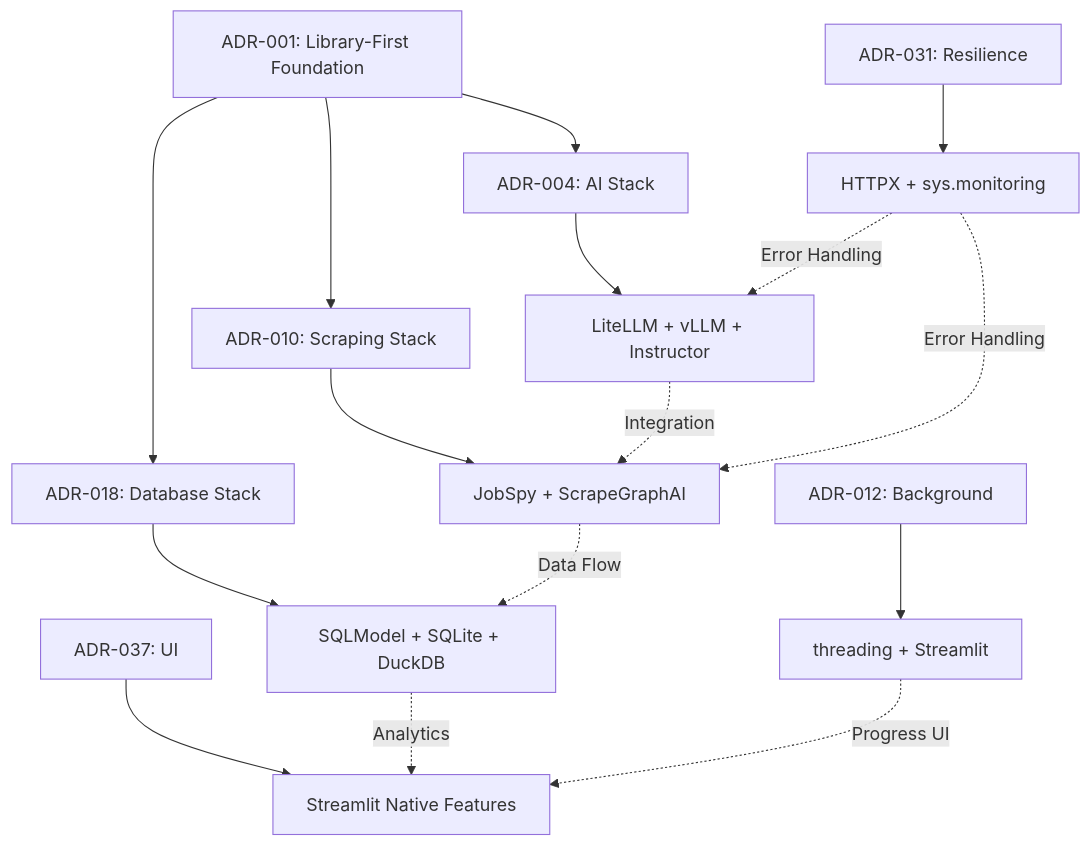
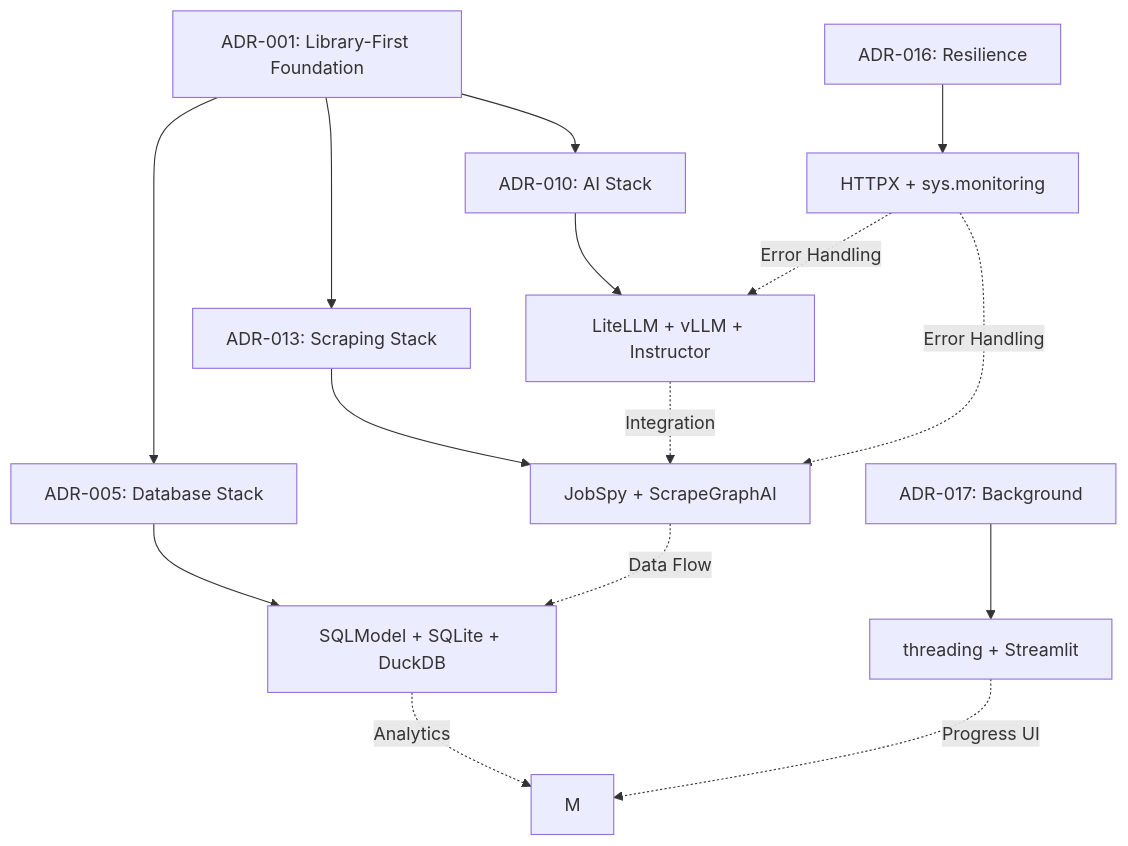
Before and after one commit to BjornMelin/ai-job-scraper: the first of 2 diagrams in docs/adrs/ADR-001-library-first-architecture.md, drawn with Mermaid. The commit also changed other lines of this file and 23 other files, not shown here.

First line of the commit message:
docs: update ADRs for new architecture and features

````diff
--- a/docs/adrs/ADR-001-library-first-architecture.md
+++ b/docs/adrs/ADR-001-library-first-architecture.md
@@ -472,21 +464,20 @@
 ```mermaid
 graph TD
-    A[ADR-001: Library-First Foundation] --> B[ADR-004: AI Stack]
-    A --> C[ADR-010: Scraping Stack]  
-    A --> D[ADR-018: Database Stack]
+    A[ADR-001: Library-First Foundation] --> B[ADR-010: AI Stack]
+    A --> C[ADR-013: Scraping Stack]  
+    A --> D[ADR-005: Database Stack]
     
     B --> E[LiteLLM + vLLM + Instructor]
     C --> F[JobSpy + ScrapeGraphAI]
     D --> G[SQLModel + SQLite + DuckDB]
     
-    H[ADR-031: Resilience] --> I[HTTPX + sys.monitoring]
-    J[ADR-012: Background] --> K[threading + Streamlit]
-    L[ADR-037: UI] --> M[Streamlit Native Features]
+    H[ADR-016: Resilience] --> I[HTTPX + sys.monitoring]
+    J[ADR-017: Background] --> K[threading + Streamlit]
     
     E -.->|Integration| F
     F -.->|Data Flow| G  
     G -.->|Analytics| M
     I -.->|Error Handling| E
     I -.->|Error Handling| F
     K -.->|Progress UI| M
 ```
````
